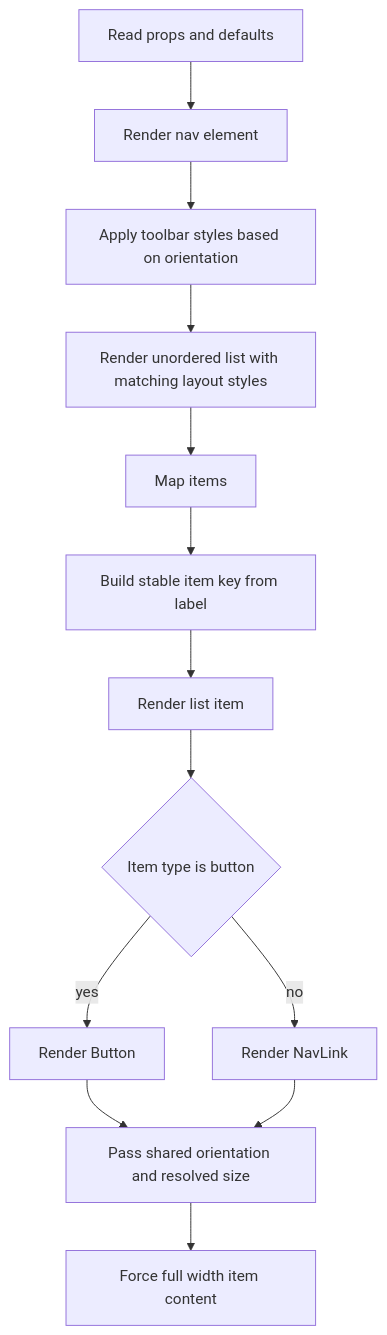
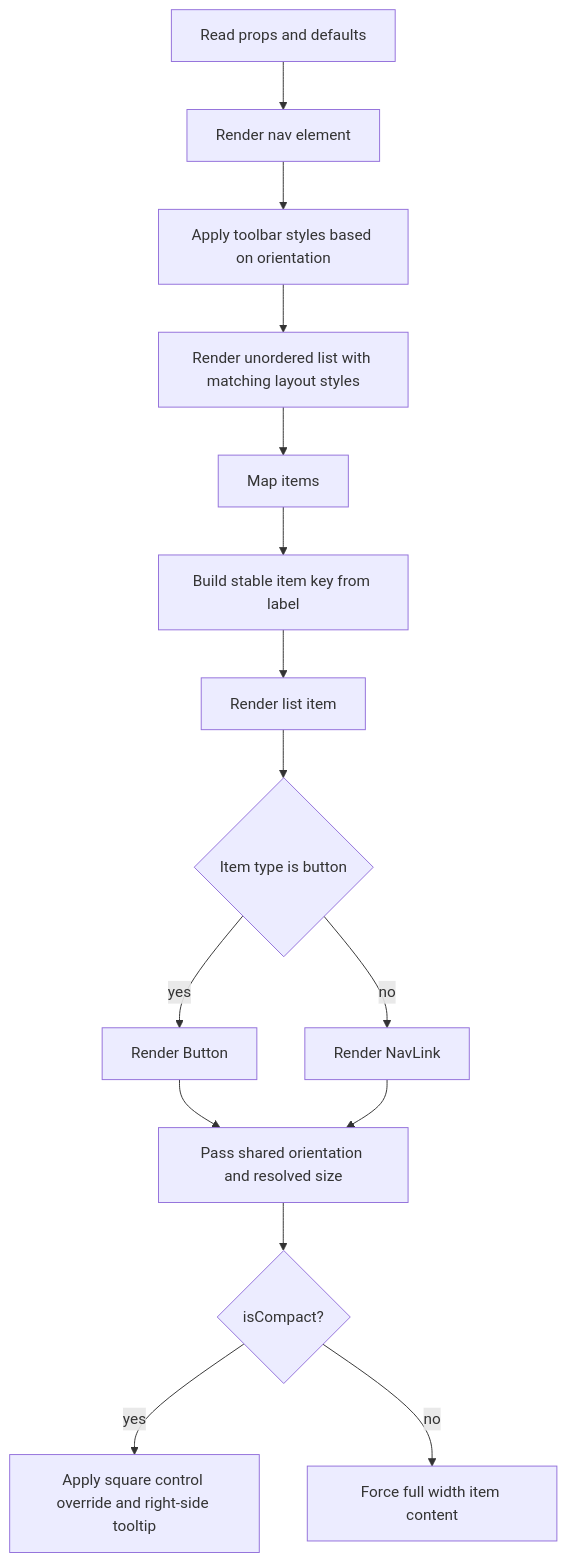
One commit to luciocabrera/lcabrera-stack changed the third of 5 diagrams in apps/react-router/src/components/Toolbar/ARCHITECTURE.md. Above: the diagram before and after it, drawn with Mermaid. The commit also changed other lines of this file and 20 other files, not shown here.

````diff
--- a/apps/react-router/src/components/Toolbar/ARCHITECTURE.md
+++ b/apps/react-router/src/components/Toolbar/ARCHITECTURE.md
@@ -84,15 +85,17 @@
 ```mermaid
 graph TD
   A[Read props and defaults] --> B[Render nav element]
   B --> C[Apply toolbar styles based on orientation]
   C --> D[Render unordered list with matching layout styles]
   D --> E[Map items]
   E --> F[Build stable item key from label]
   F --> G[Render list item]
   G --> H{Item type is button}
   H -- yes --> I[Render Button]
   H -- no --> J[Render NavLink]
   I --> K[Pass shared orientation and resolved size]
   J --> K
-  K --> L[Force full width item content]
+  K --> L{isCompact?}
+L -- yes --> M[Apply square control override and right-side tooltip]
+  L -- no --> N[Force full width item content]
 ```
````
